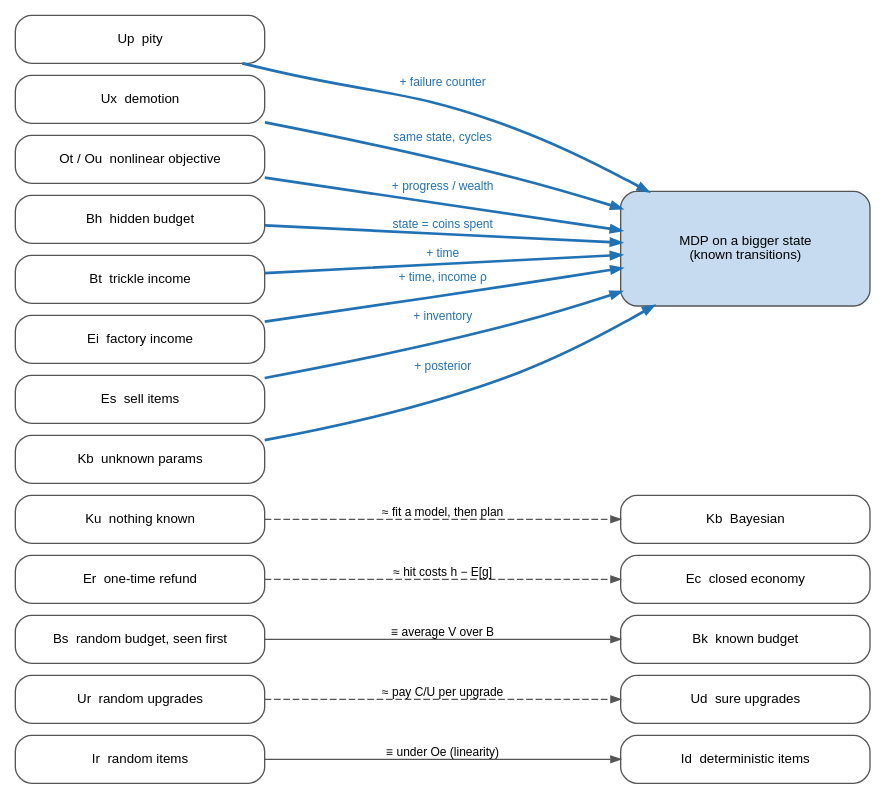
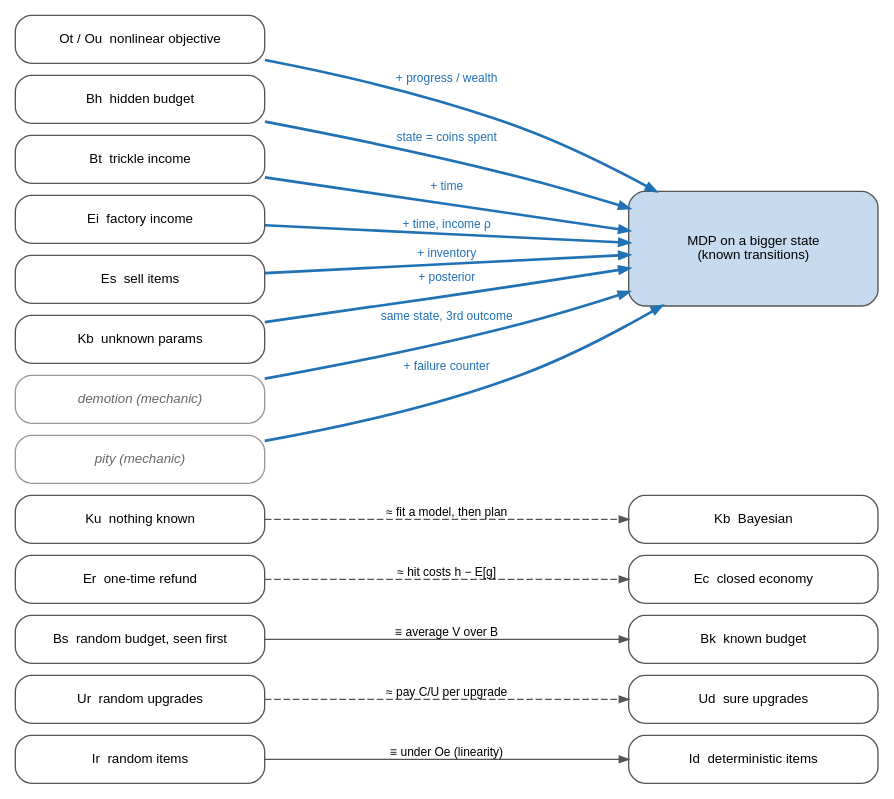
One commit to ssarkar2/notes changed the diagram in probability/sequential_decision_making_under_uncertainty/figures/reduction_map.dot. Above: the diagram before and after it, drawn with Graphviz. The commit also changed 13 other files, not shown here.

```diff
--- a/probability/sequential_decision_making_under_uncertainty/figures/reduction_map.dot
+++ b/probability/sequential_decision_making_under_uncertainty/figures/reduction_map.dot
@@ -1,51 +1,52 @@
-// Reductions between axis values: harder variant (left) -> something already solved (right).
+// Reductions: harder variant (left) -> something already solved (right).
 // solid = exact, dashed = approximation, bold blue = exact after enlarging the state.
+// Grey italics = mechanics (rule tweaks), not axis values.
 // Build: ./build.sh
 digraph reductions {
   rankdir=LR;
   graph [fontname="Helvetica", fontsize=11, nodesep=0.12, ranksep=2.2, bgcolor="white"];
   node  [shape=box, style="rounded", fontname="Helvetica", fontsize=10, color="#555555", width=2.6];
   edge  [fontname="Helvetica", fontsize=9, color="#555555", arrowsize=0.7];
 
-  // left: harder axis values
+  // left: harder variants
   { rank=same;
     Ir [label="Ir  random items"];
     Ur [label="Ur  random upgrades"];
     Bs [label="Bs  random budget, seen first"];
     Er [label="Er  one-time refund"];
     Ku [label="Ku  nothing known"];
-    Up [label="Up  pity"];
-    Ux [label="Ux  demotion"];
     Ot [label="Ot / Ou  nonlinear objective"];
     Bh [label="Bh  hidden budget"];
     Bt [label="Bt  trickle income"];
     Ei [label="Ei  factory income"];
     Es [label="Es  sell items"];
     Kb [label="Kb  unknown params"];
+    dem  [label="demotion (mechanic)", fontname="Helvetica-Oblique", color="#999999", fontcolor="#666666"];
+    pity [label="pity (mechanic)", fontname="Helvetica-Oblique", color="#999999", fontcolor="#666666"];
   }
   // right: targets
   { rank=same;
     Id [label="Id  deterministic items"];
     Ud [label="Ud  sure upgrades"];
     Bk [label="Bk  known budget"];
     Ec [label="Ec  closed economy"];
     Kb2 [label="Kb  Bayesian"];
     MDP [label="MDP on a bigger state\n(known transitions)", style="rounded,filled", fillcolor="#c6dbef", height=1.2];
   }
 
   Ir -> Id [label="≡ under Oe (linearity)"];
   Ur -> Ud [label="≈ pay C/U per upgrade", style=dashed];
   Bs -> Bk [label="≡ average V over B"];
   Er -> Ec [label="≈ hit costs h − E[g]", style=dashed];
   Ku -> Kb2 [label="≈ fit a model, then plan", style=dashed];
 
   edge [style=bold, color="#2171b5", fontcolor="#2171b5"];
-  Up -> MDP [label="+ failure counter"];
-  Ux -> MDP [label="same state, cycles"];
   Ot -> MDP [label="+ progress / wealth"];
   Bh -> MDP [label="state = coins spent"];
   Bt -> MDP [label="+ time"];
   Ei -> MDP [label="+ time, income ρ"];
   Es -> MDP [label="+ inventory"];
   Kb -> MDP [label="+ posterior"];
+  dem -> MDP [label="same state, 3rd outcome"];
+  pity -> MDP [label="+ failure counter"];
 }
```
